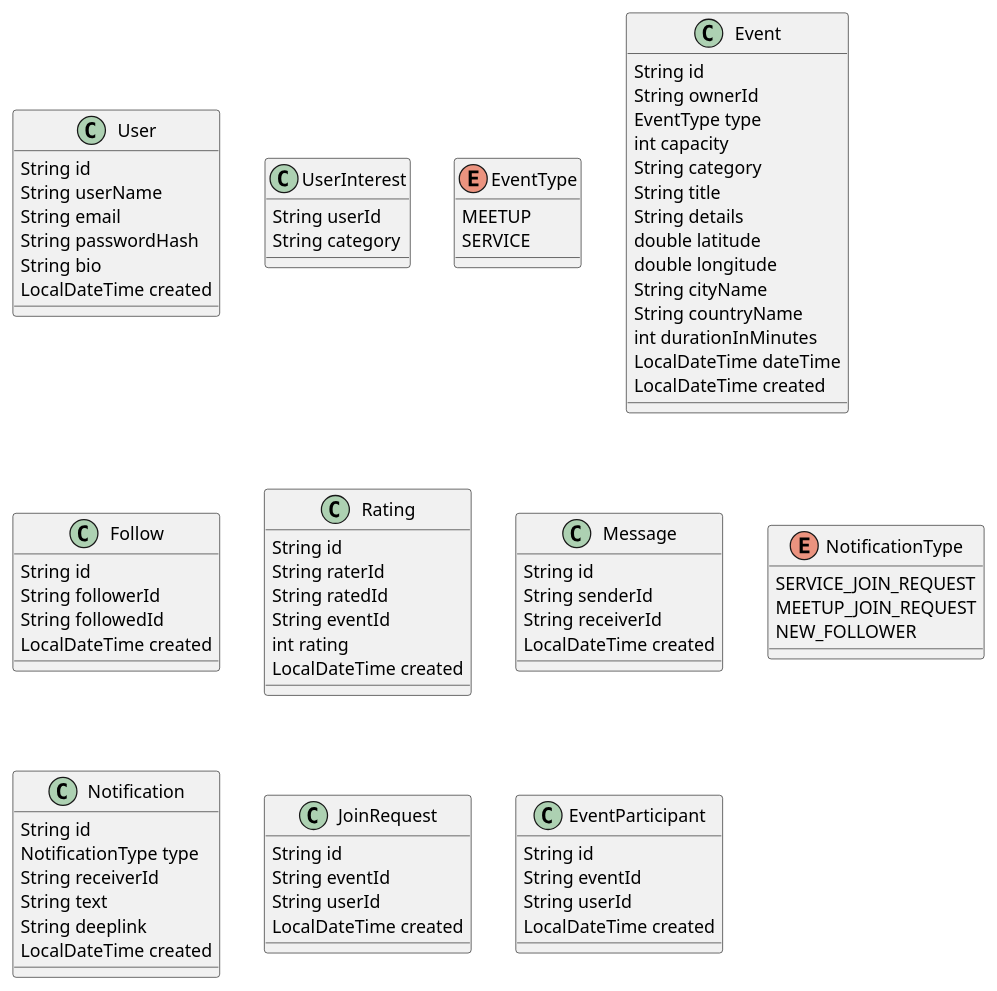
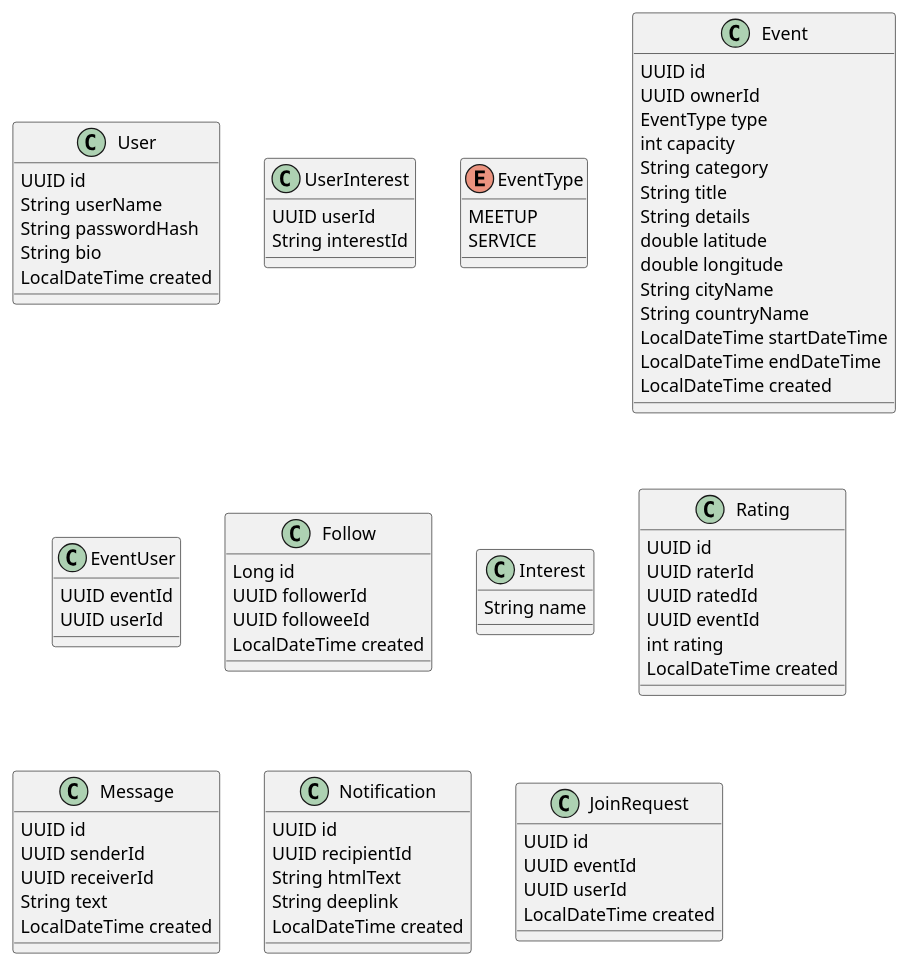
One commit to ETS-Android4/swe573 changed the diagram in diagrams/class.puml. Above: the diagram before and after it, drawn with PlantUML.

Commit message:
update class diagram

```diff
--- a/diagrams/class.puml
+++ b/diagrams/class.puml
@@ -1,90 +1,85 @@
 @startuml Class
 class User {
-    String id
+    UUID id
     String userName
-    String email
     String passwordHash
     String bio
     LocalDateTime created
 }
 
 class UserInterest {
-    String userId
-    String category
+    UUID userId
+    String interestId
 }
 
 enum EventType {
     MEETUP
     SERVICE
 }
 
 class Event {
-    String id
-    String ownerId
+    UUID id
+    UUID ownerId
     EventType type
     int capacity
     String category
     String title
     String details
     double latitude
     double longitude
     String cityName
     String countryName
-    int durationInMinutes
-    LocalDateTime dateTime
+    LocalDateTime startDateTime
+    LocalDateTime endDateTime
     LocalDateTime created
 }
 
+class EventUser {
+    UUID eventId
+    UUID userId
+}
+
 class Follow {
-    String id
-    String followerId
-    String followedId
+    Long id
+    UUID followerId
+    UUID followeeId
     LocalDateTime created
 }
 
+class Interest {
+    String name
+}
+
 class Rating {
-    String id
-    String raterId
-    String ratedId
-    String eventId
+    UUID id
+    UUID raterId
+    UUID ratedId
+    UUID eventId
     int rating
     LocalDateTime created
 }
 
 class Message {
-    String id
-    String senderId
-    String receiverId
+    UUID id
+    UUID senderId
+    UUID receiverId
+    String text
     LocalDateTime created
 }
 
-enum NotificationType {
-    SERVICE_JOIN_REQUEST
-    MEETUP_JOIN_REQUEST
-    NEW_FOLLOWER
-}
-
 class Notification {
-    String id
-    NotificationType type
-    String receiverId
-    String text
+    UUID id
+    UUID recipientId
+    String htmlText
     String deeplink
     LocalDateTime created
 }
 
 class JoinRequest {
-    String id
-    String eventId
-    String userId
-    LocalDateTime created
-}
-
-class EventParticipant {
-    String id
-    String eventId
-    String userId
+    UUID id
+    UUID eventId
+    UUID userId
     LocalDateTime created
 }
 
 @enduml
```
